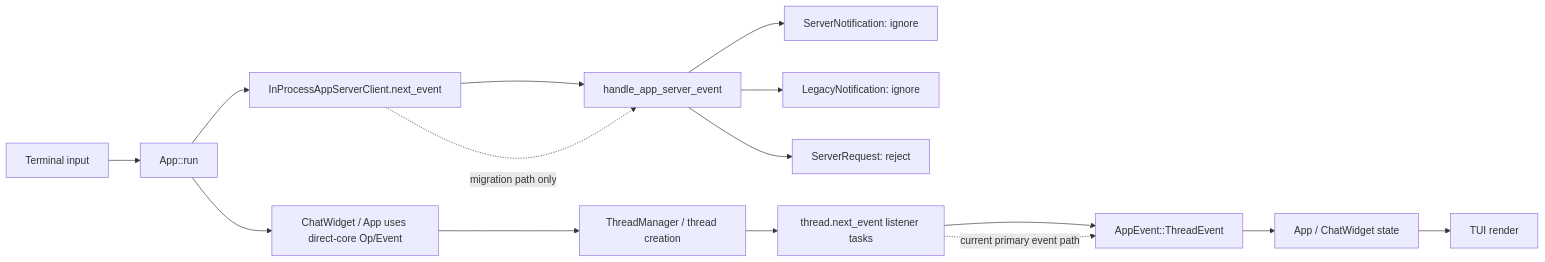
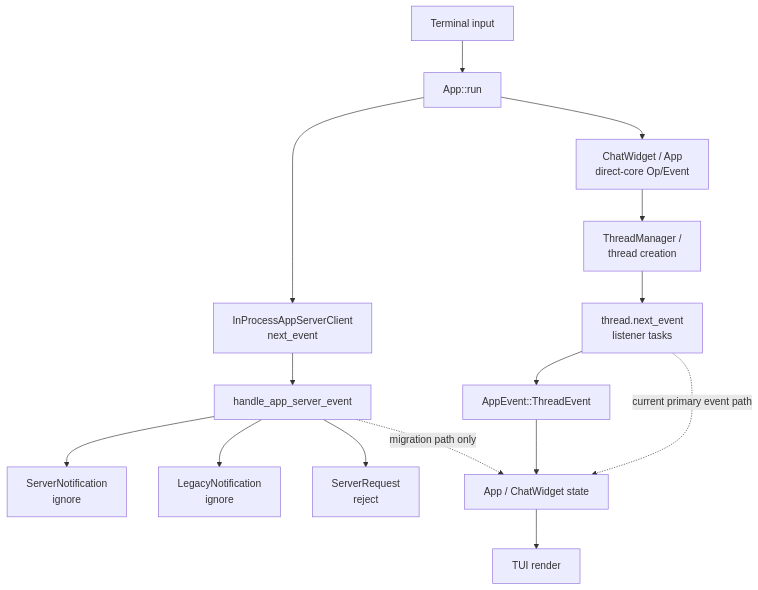
Before and after one commit to Krual-T/OpenRelay: the second of 2 diagrams in docs/design/codex-app-server-consumption-comparison.md, drawn with Mermaid. The commit also changed other lines of this file, not shown here.

Commit message:
docs: compact mermaid graphs in app-server comparison

````diff
--- a/docs/design/codex-app-server-consumption-comparison.md
+++ b/docs/design/codex-app-server-consumption-comparison.md
@@ -140,19 +140,29 @@
 ```mermaid
-flowchart LR
-  A[Terminal input] --> B[App::run]
-  B --> C[InProcessAppServerClient.next_event]
-  C --> D[handle_app_server_event]
-  D --> D1[ServerNotification: ignore]
-  D --> D2[LegacyNotification: ignore]
-  D --> D3[ServerRequest: reject]
+flowchart TD
+  A[Terminal input]
+  B[App::run]
 
-  B --> E[ChatWidget / App uses direct-core Op/Event]
-  E --> F[ThreadManager / thread creation]
-  F --> G[thread.next_event listener tasks]
-  G --> H[AppEvent::ThreadEvent]
-  H --> I[App / ChatWidget state]
-  I --> J[TUI render]
+  C[InProcessAppServerClient<br/>next_event]
+  D[handle_app_server_event]
+  D1[ServerNotification<br/>ignore]
+  D2[LegacyNotification<br/>ignore]
+  D3[ServerRequest<br/>reject]
 
-  C -. migration path only .-> D
-  G -. current primary event path .-> H
+  E[ChatWidget / App<br/>direct-core Op/Event]
+  F[ThreadManager /<br/>thread creation]
+  G[thread.next_event<br/>listener tasks]
+  H[AppEvent::ThreadEvent]
+  I[App / ChatWidget state]
+  J[TUI render]
+
+  A --> B
+  B --> C --> D
+  D --> D1
+  D --> D2
+  D --> D3
+
+  B --> E --> F --> G --> H --> I --> J
+
+  D -. migration path only .-> I
+  G -. current primary event path .-> I
 ```
````
